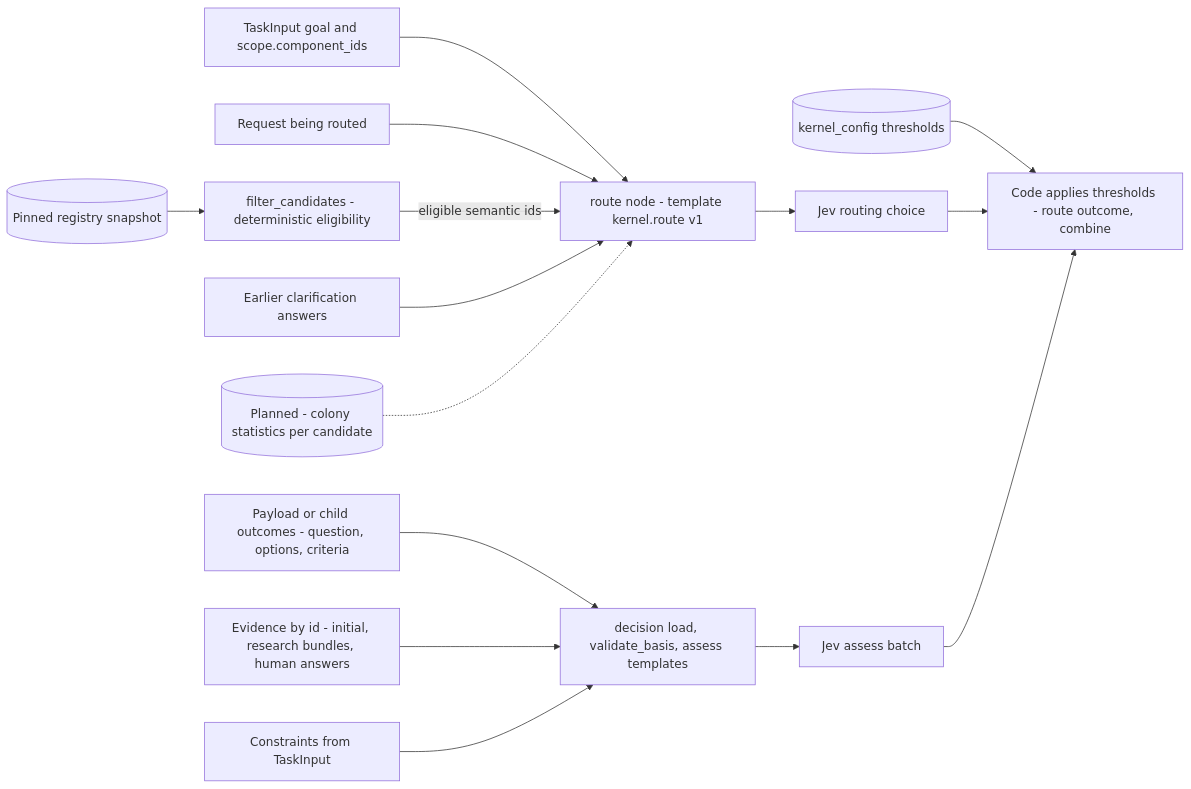
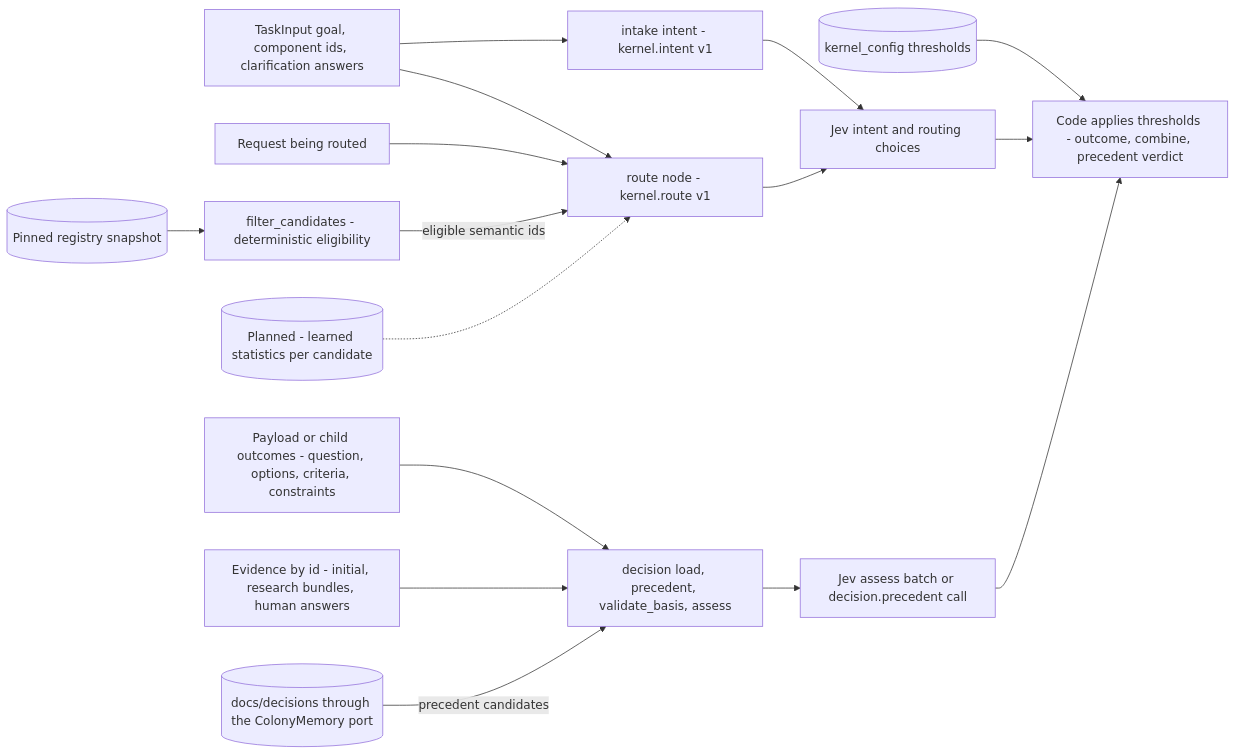
One commit to urlmonitor/leafcutter-ai changed the diagram in docs/architecture/diagrams/decision-kernel-context-jev.md. Above: the diagram before and after it, drawn with Mermaid. The commit also changed other lines of this file and 24 other files, not shown here.

First line of the commit message:
docs(kernel): reconcile colony memory with ADR-059..062; ADR-065 moves learned statistics to Neo4j

````diff
--- a/docs/architecture/diagrams/decision-kernel-context-jev.md
+++ b/docs/architecture/diagrams/decision-kernel-context-jev.md
@@ -41,17 +47,18 @@
 ```mermaid
 flowchart LR
-  TI["TaskInput goal and scope.component_ids"] --> RT["route node - template kernel.route v1"]
+  TI["TaskInput goal, component ids, clarification answers"] --> IN["intake intent - kernel.intent v1"]
+  TI --> RT["route node - kernel.route v1"]
   RQ["Request being routed"] --> RT
   REG[("Pinned registry snapshot")] --> EF["filter_candidates - deterministic eligibility"]
   EF -->|"eligible semantic ids"| RT
-  CL["Earlier clarification answers"] --> RT
-  ST[("Planned - colony statistics per candidate")] -.-> RT
-  RT --> JR["Jev routing choice"]
-  PAY["Payload or child outcomes - question, options, criteria"] --> LD["decision load, validate_basis, assess templates"]
+  ST[("Planned - learned statistics per candidate")] -.-> RT
+  IN --> JR["Jev intent and routing choices"]
+  RT --> JR
+  PAY["Payload or child outcomes - question, options, criteria, constraints"] --> LD["decision load, precedent, validate_basis, assess"]
   EV["Evidence by id - initial, research bundles, human answers"] --> LD
-  CON["Constraints from TaskInput"] --> LD
-  LD --> JD["Jev assess batch"]
-  CFG[("kernel_config thresholds")] --> CODE["Code applies thresholds - route outcome, combine"]
+  MEM[("docs/decisions through the ColonyMemory port")] -->|"precedent candidates"| LD
+  LD --> JD["Jev assess batch or decision.precedent call"]
+  CFG[("kernel_config thresholds")] --> CODE["Code applies thresholds - outcome, combine, precedent verdict"]
   JR --> CODE
   JD --> CODE
 ```
````
